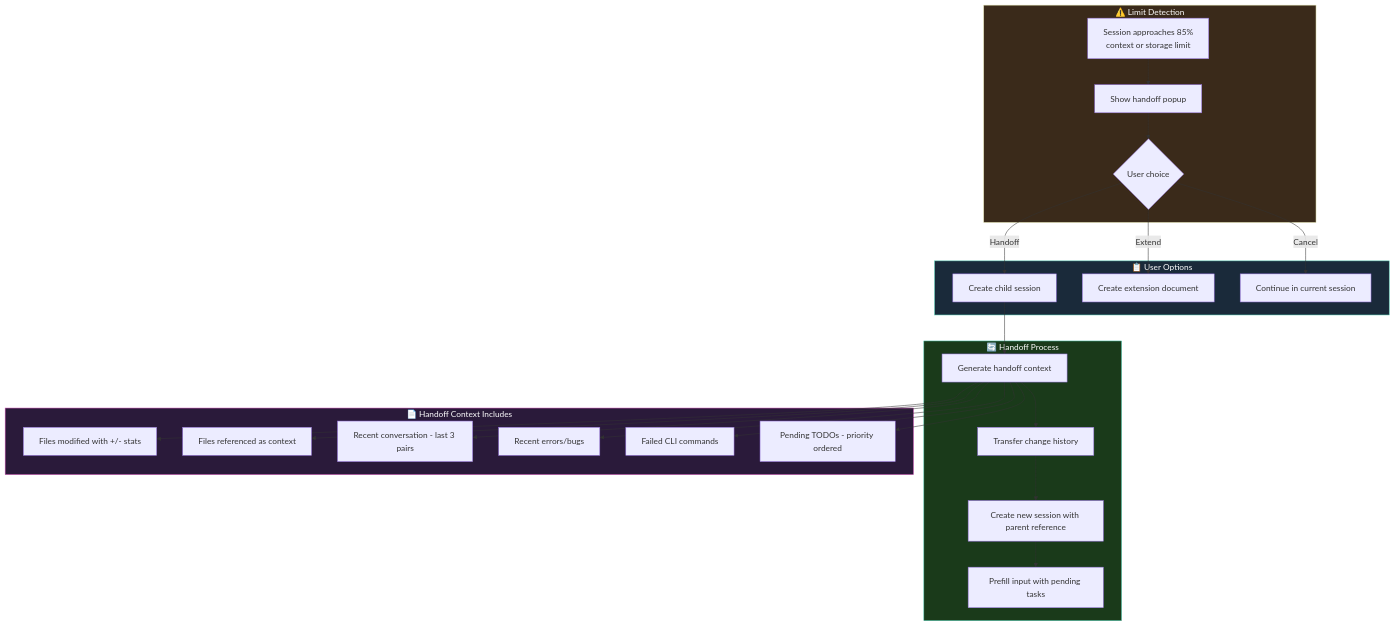
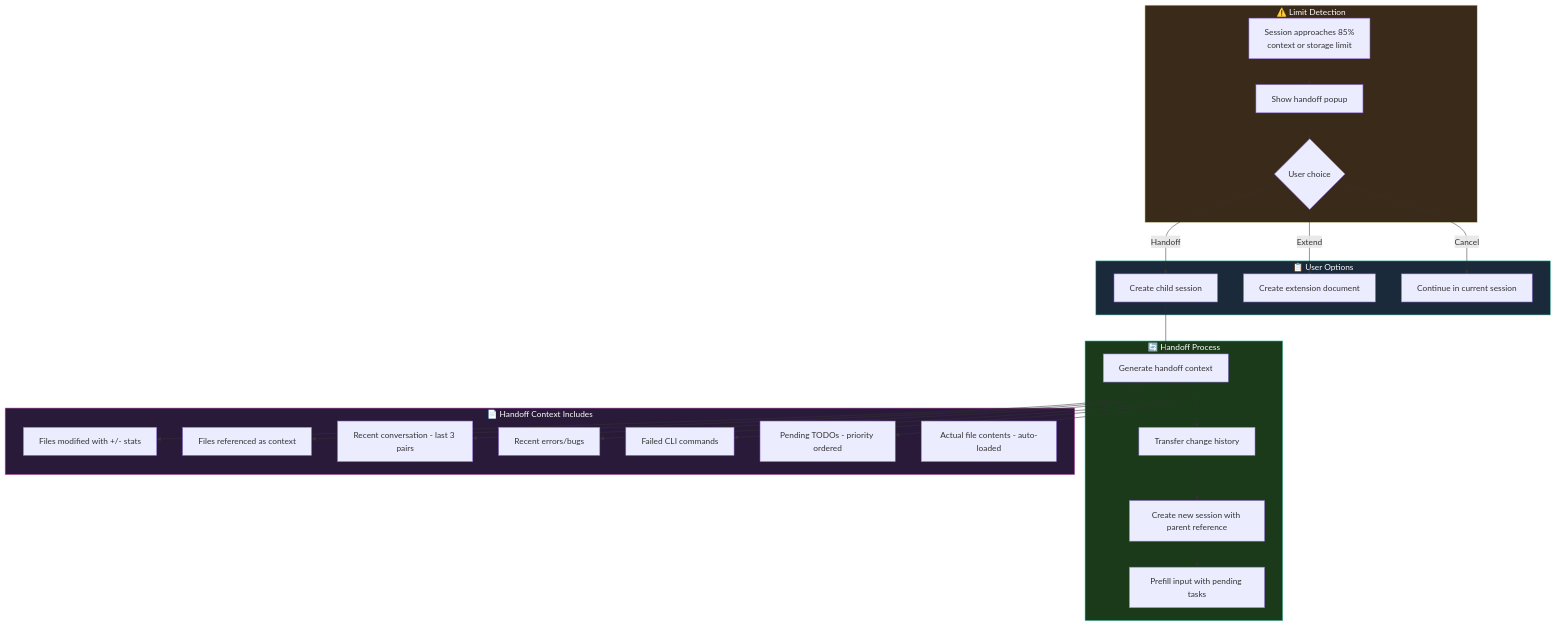
Before and after one commit to Fujio-Turner/Grok-AI-Coder-for-VS-Code: the tenth of 16 diagrams in docs/CHAT_DESIGN.md, drawn with Mermaid. The commit also changed other lines of this file and 24 other files, not shown here.

````diff
--- a/docs/CHAT_DESIGN.md
+++ b/docs/CHAT_DESIGN.md
@@ -472,41 +885,42 @@
 ```mermaid
 flowchart TD
     subgraph Trigger["⚠️ Limit Detection"]
         A[Session approaches 85%<br/>context or storage limit] --> B[Show handoff popup]
         B --> C{User choice}
     end
     
     subgraph Options["📋 User Options"]
         C -->|Handoff| D[Create child session]
         C -->|Extend| E[Create extension document]
         C -->|Cancel| F[Continue in current session]
     end
     
     subgraph Handoff["🔄 Handoff Process"]
         D --> G[Generate handoff context]
         G --> H[Transfer change history]
         H --> I[Create new session with parent reference]
         I --> J[Prefill input with pending tasks]
     end
     
     subgraph Context["📄 Handoff Context Includes"]
         K[Files modified with +/- stats]
         L[Files referenced as context]
         M[Recent conversation - last 3 pairs]
         N[Recent errors/bugs]
         O[Failed CLI commands]
         P[Pending TODOs - priority ordered]
+        Q[Actual file contents - auto-loaded]
     end
     
     G --> K
     G --> L
     G --> M
     G --> N
     G --> O
     G --> P
     
     style Trigger fill:#3a2a1a,stroke:#dcdcaa,color:#fff
     style Options fill:#1a2a3a,stroke:#4ec9b0,color:#fff
     style Handoff fill:#1a3a1a,stroke:#4ec9b0,color:#fff
     style Context fill:#2a1a3a,stroke:#c94eb0,color:#fff
 ```
````
